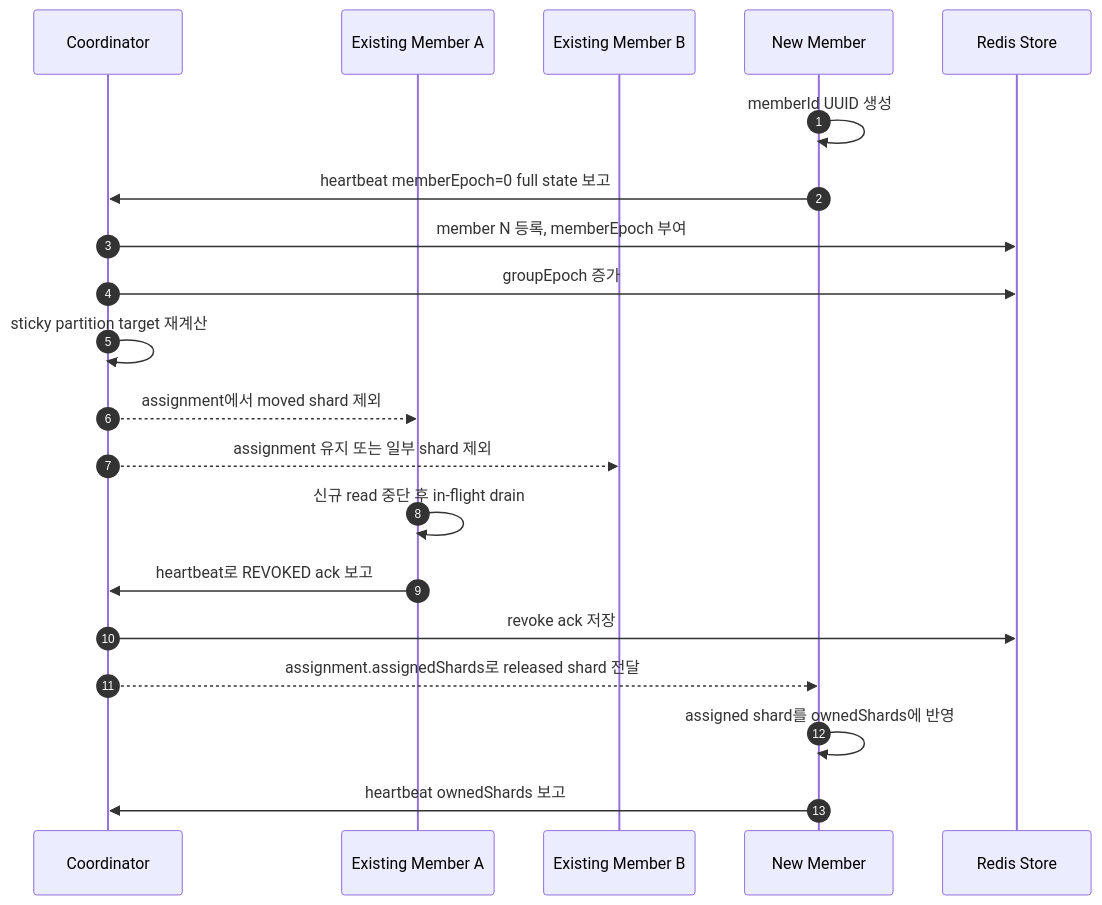
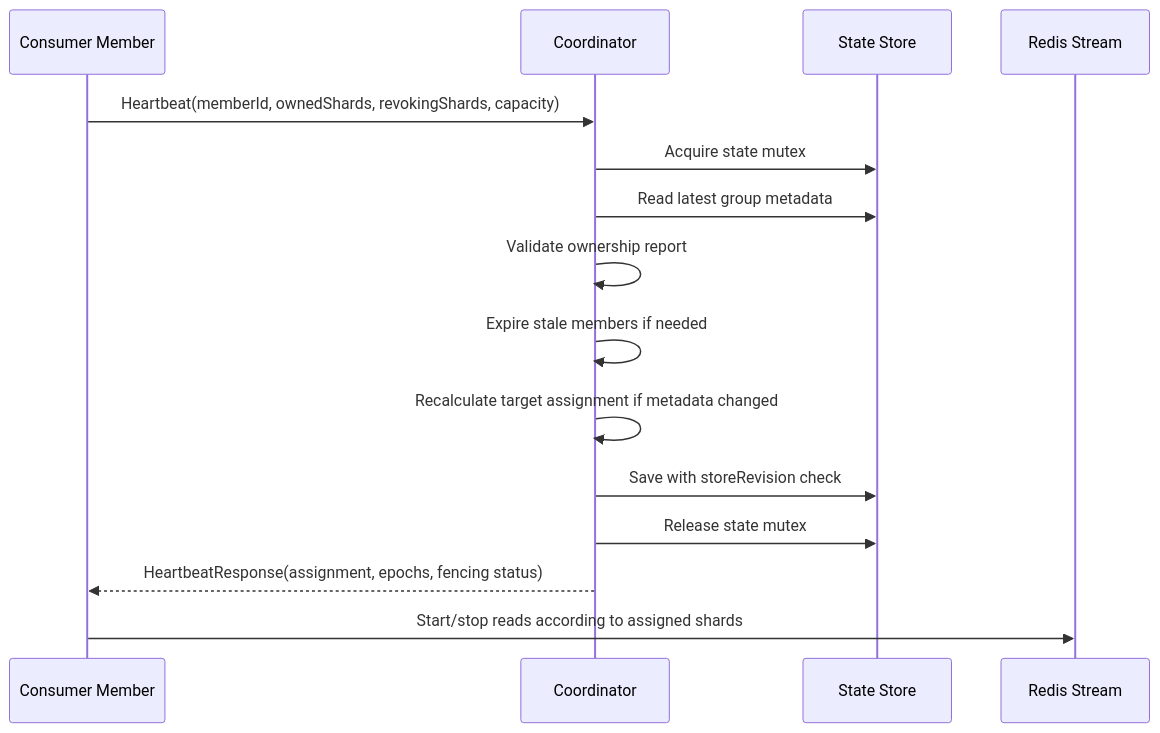
The second of 2 diagrams in docs/prd/02-coordinator-architecture.md (ghkdqhrbals/redis-stream-coordinator), drawn with Mermaid before and after one commit. The commit also changed other lines of this file and 16 other files, not shown here.

````diff
--- a/docs/prd/02-coordinator-architecture.md
+++ b/docs/prd/02-coordinator-architecture.md
@@ -262,23 +61,18 @@
 ```mermaid
 sequenceDiagram
-    autonumber
+    participant M as Consumer Member
     participant C as Coordinator
-    participant A as Existing Member A
-    participant B as Existing Member B
-    participant N as New Member
-    participant Store as Redis Store
+    participant S as State Store
+    participant R as Redis Stream
 
-    N->>N: memberId UUID 생성
-    N->>C: heartbeat memberEpoch=0 full state 보고
-    C->>Store: member N 등록, memberEpoch 부여
-    C->>Store: groupEpoch 증가
-    C->>C: sticky partition target 재계산
-    C-->>A: assignment에서 moved shard 제외
-    C-->>B: assignment 유지 또는 일부 shard 제외
-    A->>A: 신규 read 중단 후 in-flight drain
-    A->>C: heartbeat로 REVOKED ack 보고
-    C->>Store: revoke ack 저장
-    C-->>N: assignment.assignedShards로 released shard 전달
-    N->>N: assigned shard를 ownedShards에 반영
-    N->>C: heartbeat ownedShards 보고
+    M->>C: Heartbeat(memberId, ownedShards, revokingShards, capacity)
+    C->>S: Acquire state mutex
+    C->>S: Read latest group metadata
+    C->>C: Validate ownership report
+    C->>C: Expire stale members if needed
+    C->>C: Recalculate target assignment if metadata changed
+    C->>S: Save with storeRevision check
+    C->>S: Release state mutex
+    C-->>M: HeartbeatResponse(assignment, epochs, fencing status)
+    M->>R: Start/stop reads according to assigned shards
 ```
````
